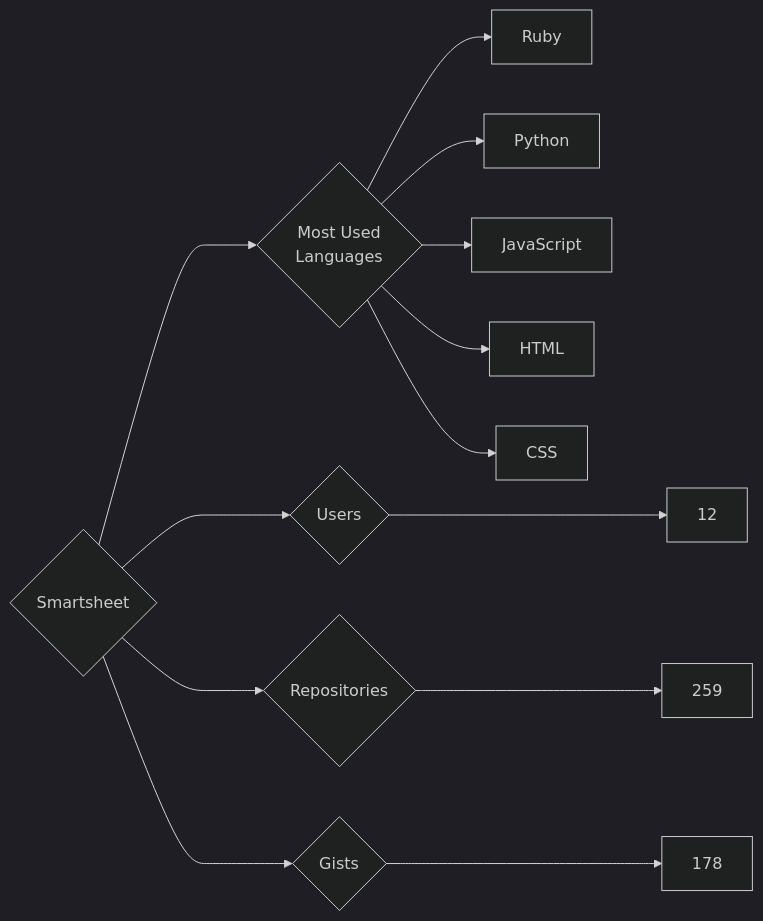
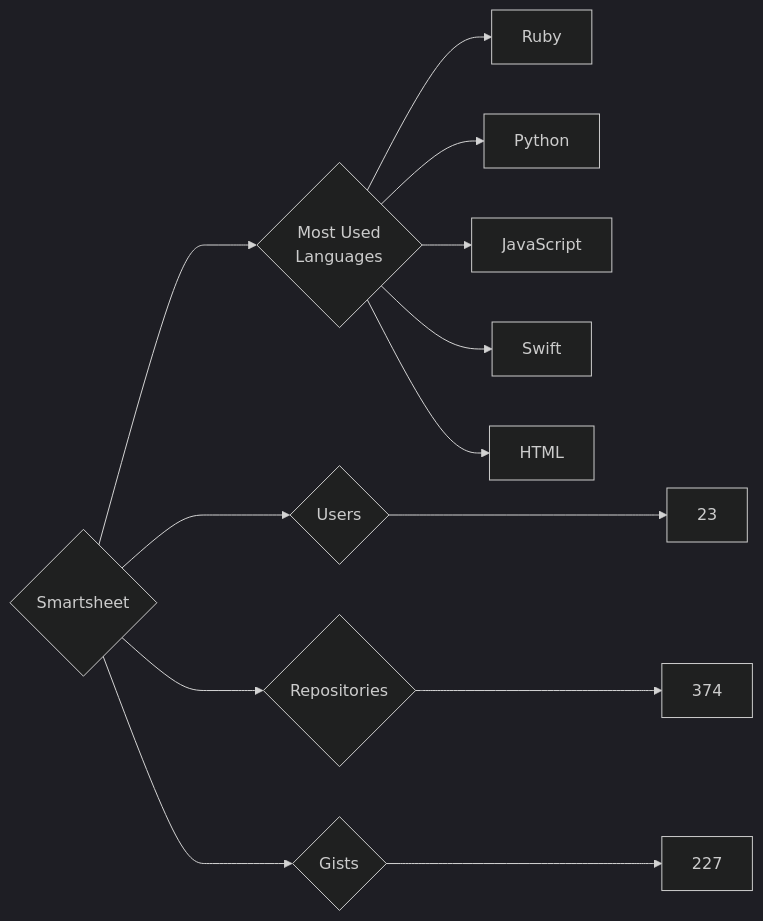
Before and after one commit to trickest/insiders: the diagram in targets/Smartsheet/README.md, drawn with Mermaid (dark theme). The commit also changed 851 other files, not shown here.

````diff
--- a/targets/Smartsheet/README.md
+++ b/targets/Smartsheet/README.md
@@ -3,13 +3,13 @@
 ```mermaid
 graph LR
 COMPANY_NAME{Smartsheet}
-COMPANY_NAME ---> U{Users} ---> UN[12]
-COMPANY_NAME ---> R{Repositories} ---> RN[259]
-COMPANY_NAME ---> G{Gists} ---> GN[178]
+COMPANY_NAME ---> U{Users} ---> UN[23]
+COMPANY_NAME ---> R{Repositories} ---> RN[374]
+COMPANY_NAME ---> G{Gists} ---> GN[227]
 COMPANY_NAME ---> ML{Most Used<br>Languages}
 ML --> Ruby[Ruby]
 ML --> Python[Python]
 ML --> JavaScript[JavaScript]
+ML --> Swift[Swift]
 ML --> HTML[HTML]
-ML --> CSS[CSS]
 ```
````
